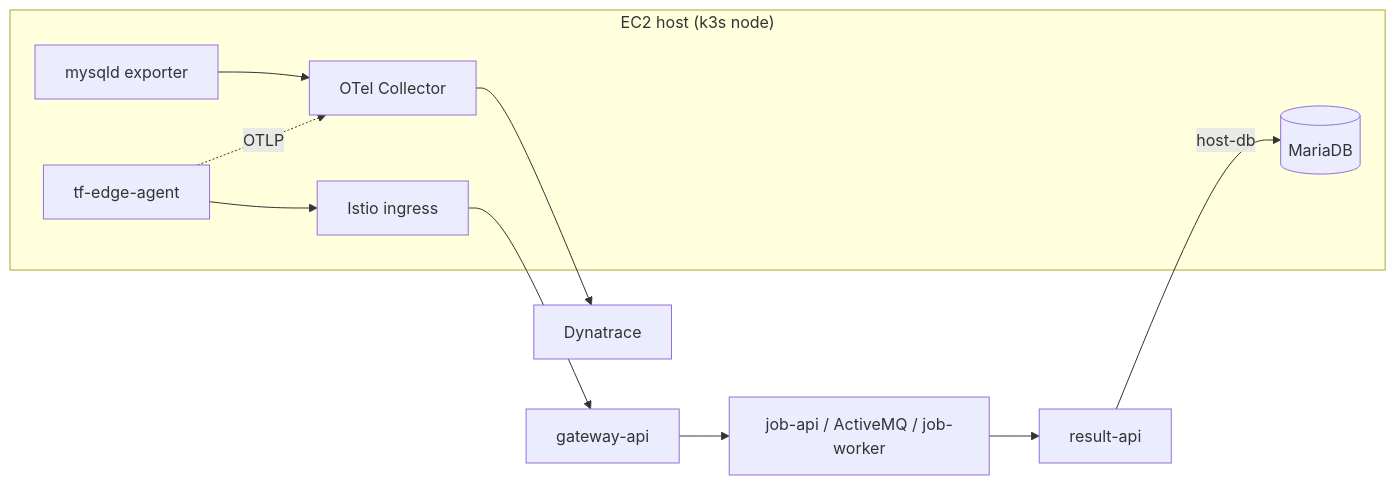
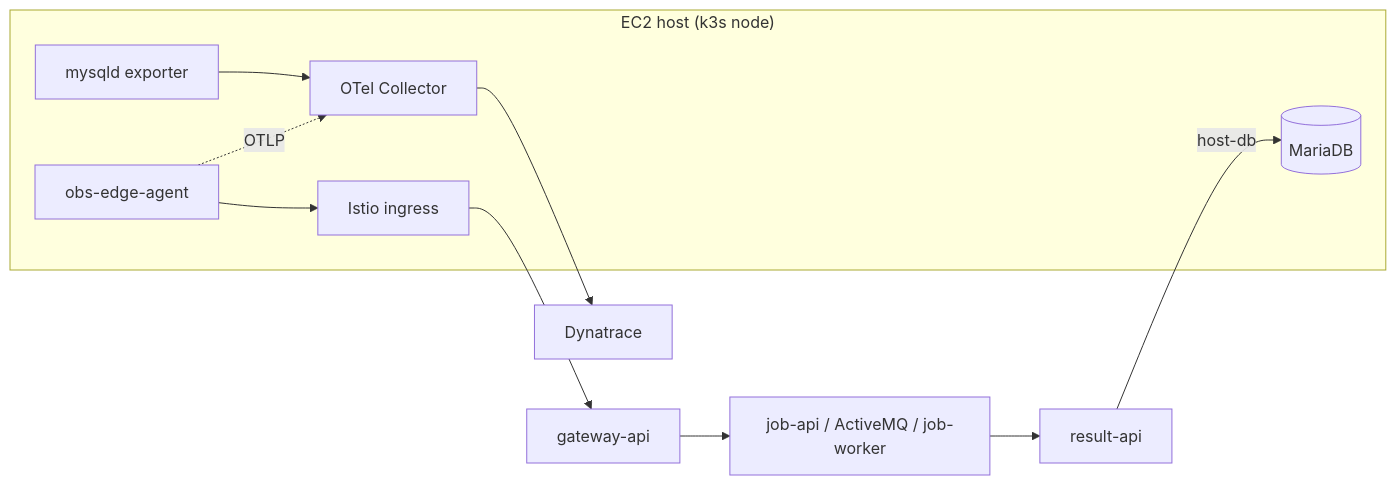
The diagram in docs/host-monitoring.md (tristanmarl/obs-demo), drawn with Mermaid before and after one commit. The commit also changed other lines of this file and 66 other files, not shown here.

````diff
--- a/docs/host-monitoring.md
+++ b/docs/host-monitoring.md
@@ -15,12 +15,12 @@
 ```mermaid
 flowchart LR
   subgraph ec2["EC2 host (k3s node)"]
-    edge["tf-edge-agent"] --> ingress["Istio ingress"]
+    edge["obs-edge-agent"] --> ingress["Istio ingress"]
     mdb[("MariaDB")]
     exp["mysqld exporter"] --> col["OTel Collector"]
     edge -.->|OTLP| col
   end
   ingress --> gw["gateway-api"] --> jobs["job-api / ActiveMQ / job-worker"] --> res["result-api"]
   res -->|"host-db"| mdb
   col --> dt["Dynatrace"]
 ```
````
